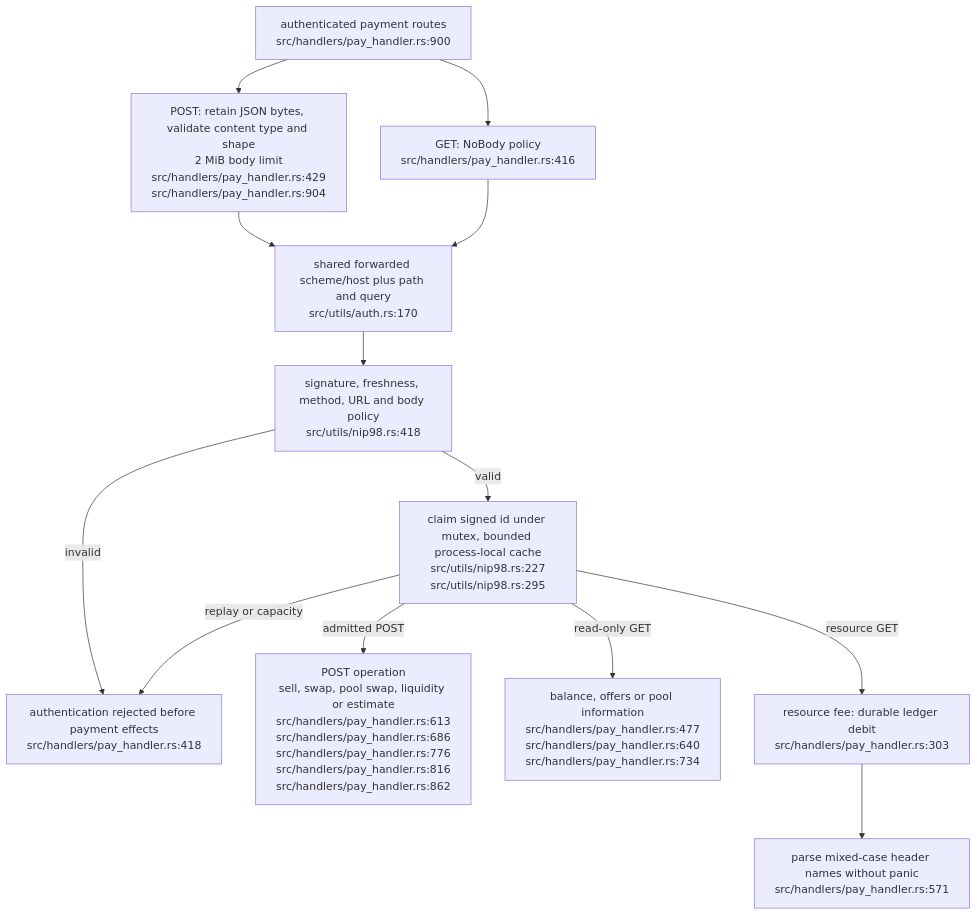
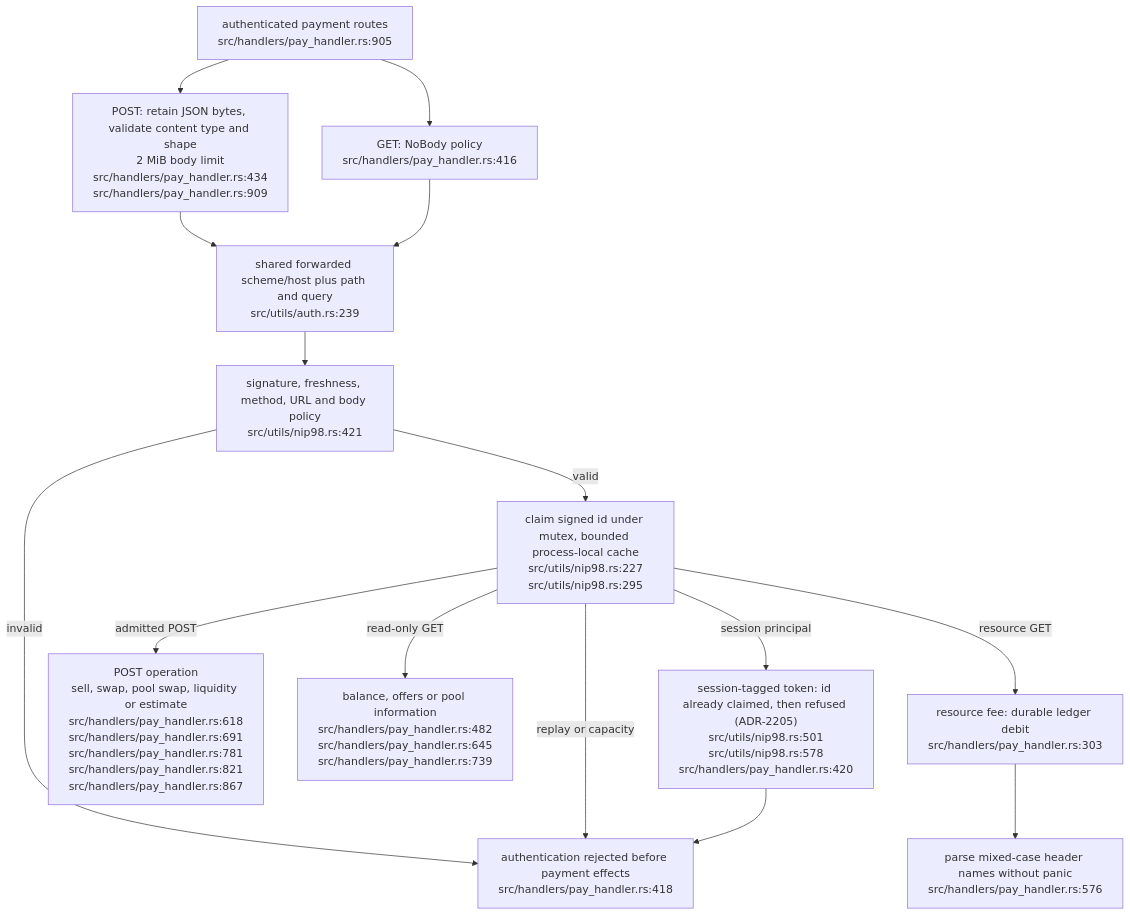
Before and after one commit to DreamLab-AI/VisionFlow: the first of 2 diagrams in docs/diagrams/visionclaw/55-payment-authentication.md, drawn with Mermaid. The commit also changed other lines of this file and 6 other files, not shown here.

First line of the commit message:
diagrams(visionclaw): re-verify VC-51..57 at visionclaw 4900ec60

````diff
--- a/docs/diagrams/visionclaw/55-payment-authentication.md
+++ b/docs/diagrams/visionclaw/55-payment-authentication.md
@@ -25,26 +25,29 @@
 ```mermaid
 flowchart TD
-    ROUTE["authenticated payment routes<br/>src/handlers/pay_handler.rs:900"]
-    BODY["POST: retain JSON bytes, validate content type and shape<br/>2 MiB body limit<br/>src/handlers/pay_handler.rs:429<br/>src/handlers/pay_handler.rs:904"]
+    ROUTE["authenticated payment routes<br/>src/handlers/pay_handler.rs:905"]
+    BODY["POST: retain JSON bytes, validate content type and shape<br/>2 MiB body limit<br/>src/handlers/pay_handler.rs:434<br/>src/handlers/pay_handler.rs:909"]
     GET["GET: NoBody policy<br/>src/handlers/pay_handler.rs:416"]
-    URL["shared forwarded scheme/host plus path and query<br/>src/utils/auth.rs:170"]
-    VERIFY["signature, freshness, method, URL and body policy<br/>src/utils/nip98.rs:418"]
+    URL["shared forwarded scheme/host plus path and query<br/>src/utils/auth.rs:239"]
+    VERIFY["signature, freshness, method, URL and body policy<br/>src/utils/nip98.rs:421"]
     CLAIM["claim signed id under mutex, bounded process-local cache<br/>src/utils/nip98.rs:227<br/>src/utils/nip98.rs:295"]
+    SESSION["session-tagged token: id already claimed, then refused (ADR-2205)<br/>src/utils/nip98.rs:501<br/>src/utils/nip98.rs:578<br/>src/handlers/pay_handler.rs:420"]
     REJECT["authentication rejected before payment effects<br/>src/handlers/pay_handler.rs:418"]
-    EFFECT["POST operation<br/>sell, swap, pool swap, liquidity or estimate<br/>src/handlers/pay_handler.rs:613<br/>src/handlers/pay_handler.rs:686<br/>src/handlers/pay_handler.rs:776<br/>src/handlers/pay_handler.rs:816<br/>src/handlers/pay_handler.rs:862"]
-    READ["balance, offers or pool information<br/>src/handlers/pay_handler.rs:477<br/>src/handlers/pay_handler.rs:640<br/>src/handlers/pay_handler.rs:734"]
+    EFFECT["POST operation<br/>sell, swap, pool swap, liquidity or estimate<br/>src/handlers/pay_handler.rs:618<br/>src/handlers/pay_handler.rs:691<br/>src/handlers/pay_handler.rs:781<br/>src/handlers/pay_handler.rs:821<br/>src/handlers/pay_handler.rs:867"]
+    READ["balance, offers or pool information<br/>src/handlers/pay_handler.rs:482<br/>src/handlers/pay_handler.rs:645<br/>src/handlers/pay_handler.rs:739"]
     CHARGE["resource fee: durable ledger debit<br/>src/handlers/pay_handler.rs:303"]
-    RESPONSE["parse mixed-case header names without panic<br/>src/handlers/pay_handler.rs:571"]
+    RESPONSE["parse mixed-case header names without panic<br/>src/handlers/pay_handler.rs:576"]
     ROUTE --> BODY
     ROUTE --> GET
     BODY --> URL
     GET --> URL
     URL --> VERIFY
     VERIFY -->|invalid| REJECT
     VERIFY -->|valid| CLAIM
     CLAIM -->|replay or capacity| REJECT
+    CLAIM -->|session principal| SESSION
+    SESSION --> REJECT
     CLAIM -->|admitted POST| EFFECT
     CLAIM -->|read-only GET| READ
     CLAIM -->|resource GET| CHARGE
     CHARGE --> RESPONSE
 ```
````
